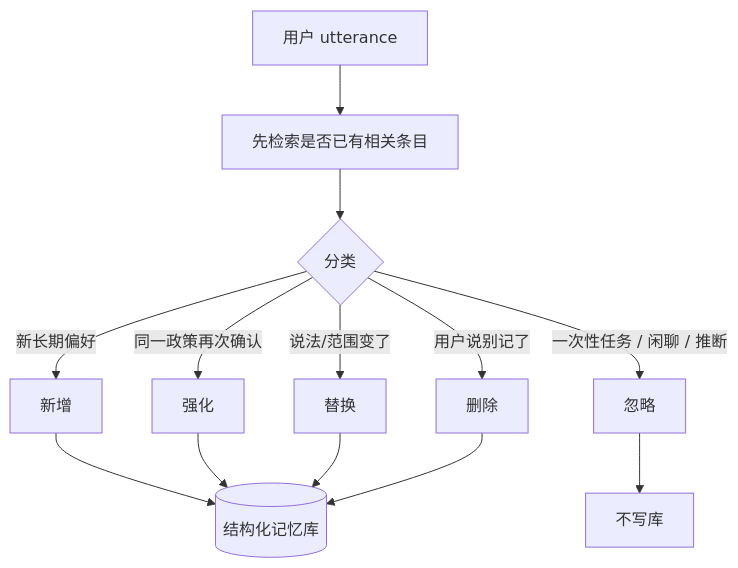
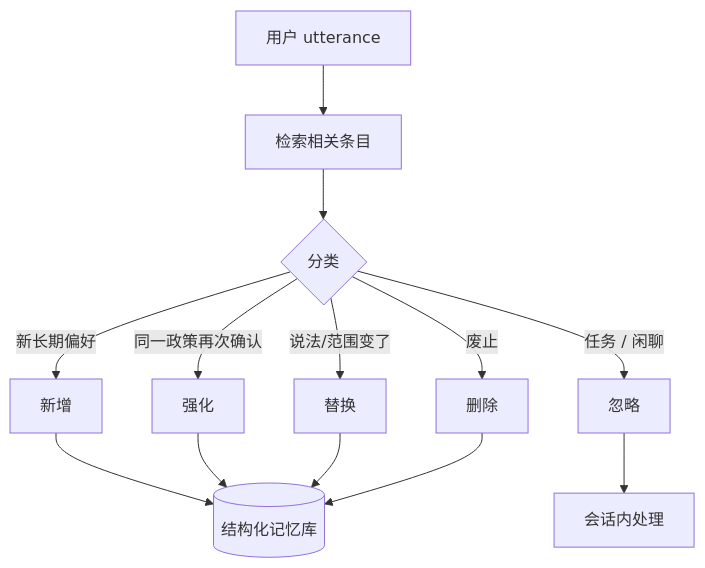
The second of 6 diagrams in docs/agent-memory-hallucination.zh.md (SteamedBread2333/imprint), drawn with Mermaid before and after one commit. The commit also changed other lines of this file and 3 other files, not shown here.

````diff
--- a/docs/agent-memory-hallucination.zh.md
+++ b/docs/agent-memory-hallucination.zh.md
@@ -83,15 +81,15 @@
 ```mermaid
 flowchart TD
   IN[用户 utterance]
-  IN --> FIND[先检索是否已有相关条目]
+  IN --> FIND[检索相关条目]
   FIND --> D{分类}
 
   D -->|新长期偏好| ADD[新增]
   D -->|同一政策再次确认| REIN[强化]
   D -->|说法/范围变了| SUP[替换]
-  D -->|一次性任务 / 闲聊 / 推断| IGN[忽略]
-  D -->|用户说别记了| DEL[删除]
+  D -->|任务 / 闲聊| IGN[忽略]
+  D -->|废止| DEL[删除]
 
   ADD & REIN & SUP & DEL --> V[(结构化记忆库)]
-  IGN --> X[不写库]
+  IGN --> X[会话内处理]
 ```
````
